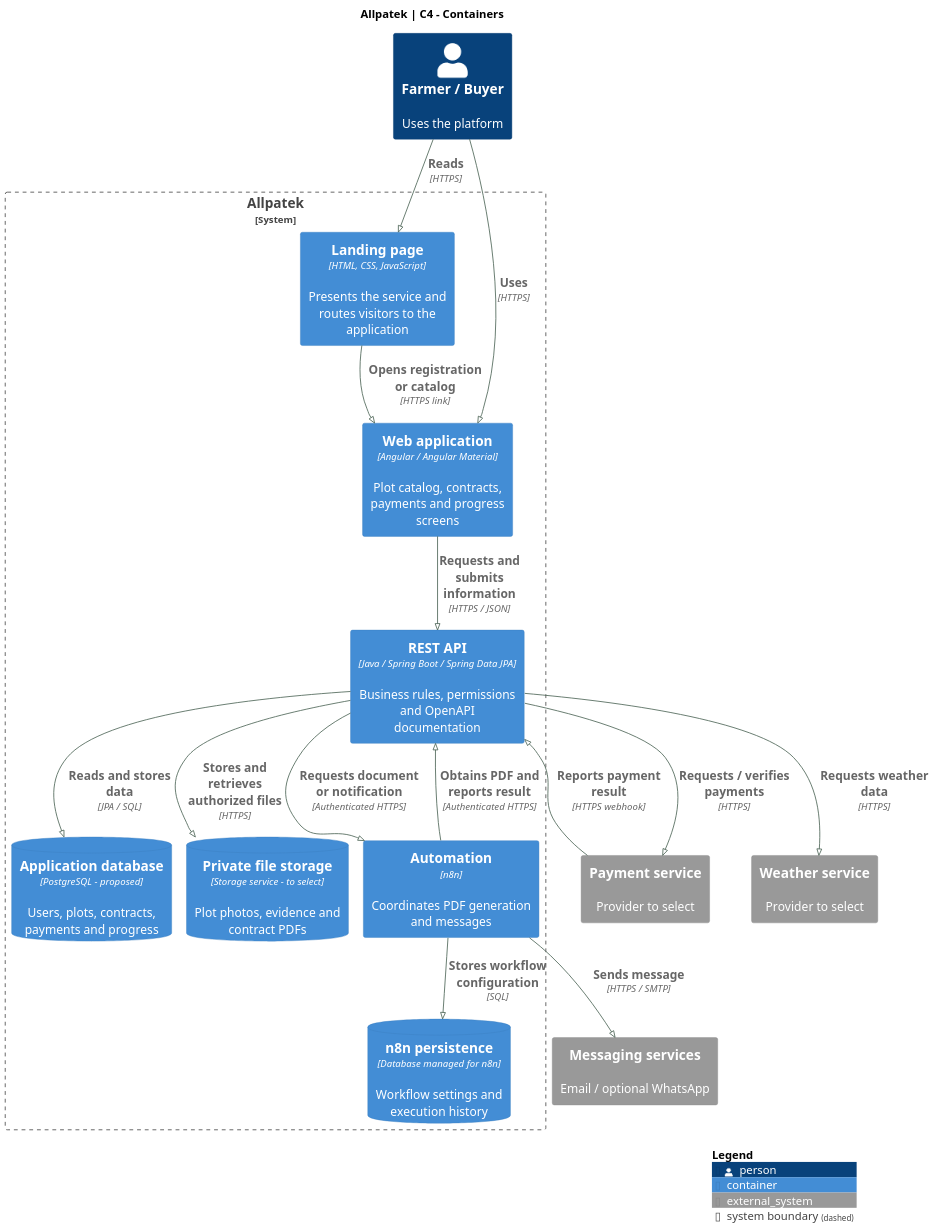
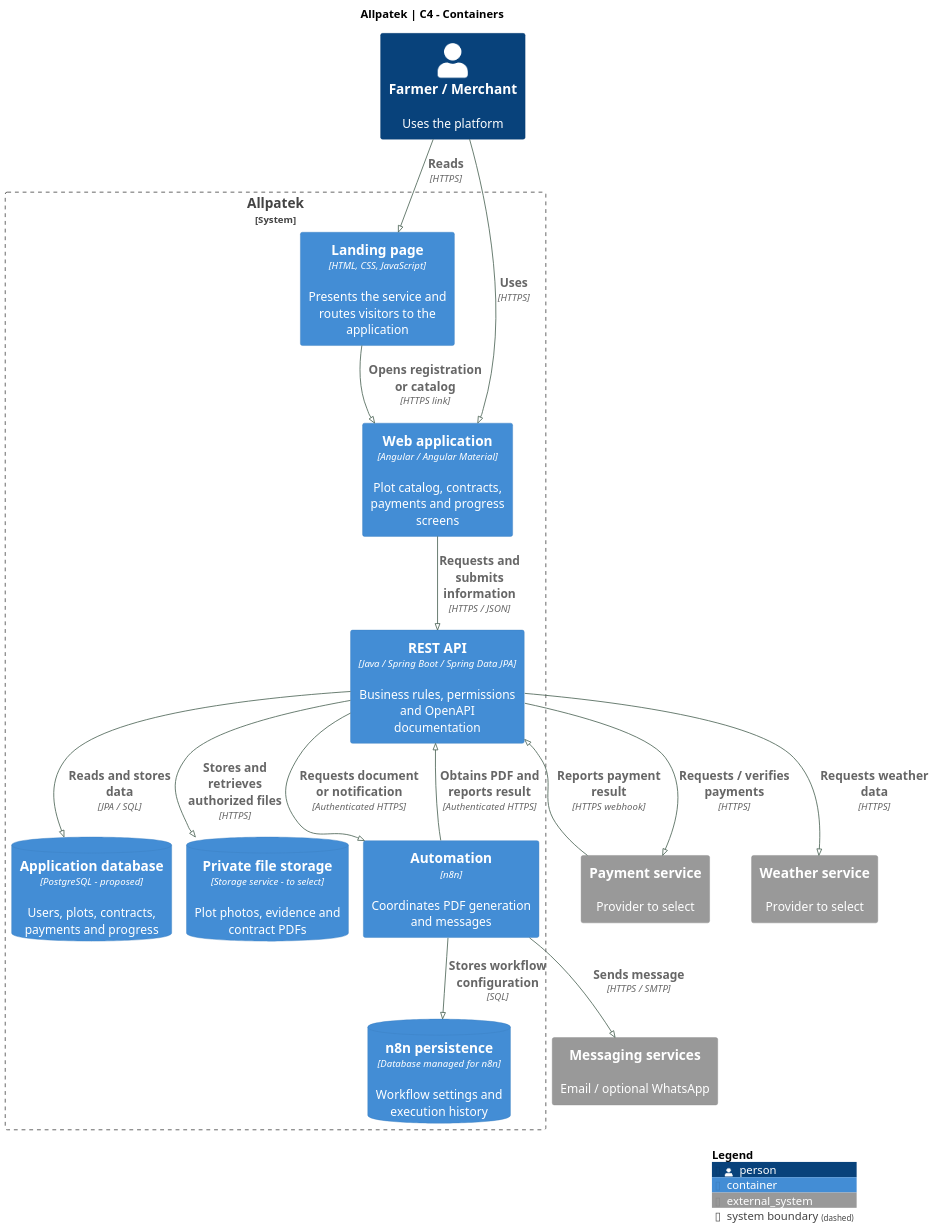
Before and after one commit to upc-pre-202620-1asi0729-7753-Terranova/allpatek-report: the diagram in assets/chapter-04/architecture/03-containers.puml, drawn with PlantUML. The commit also changed 12 other files, not shown here.

Commit message:
docs(architecture): align terminology and event traceability

```diff
--- a/assets/chapter-04/architecture/03-containers.puml
+++ b/assets/chapter-04/architecture/03-containers.puml
@@ -1,42 +1,42 @@
 @startuml
 !pragma layout smetana
 !include <C4/C4_Container>
 skinparam backgroundColor white
 skinparam defaultFontName SansSerif
 skinparam defaultFontSize 15
 skinparam shadowing false
 skinparam classAttributeIconSize 0
 skinparam ArrowColor #476050
 skinparam dpi 140
 title Allpatek | C4 - Containers
 
 LAYOUT_TOP_DOWN()
-Person(user,"Farmer / Buyer","Uses the platform")
+Person(user,"Farmer / Merchant","Uses the platform")
 System_Boundary(allpatek,"Allpatek") {
  Container(landing,"Landing page","HTML, CSS, JavaScript","Presents the service and routes visitors to the application")
  Container(web,"Web application","Angular / Angular Material","Plot catalog, contracts, payments and progress screens")
  Container(api,"REST API","Java / Spring Boot / Spring Data JPA","Business rules, permissions and OpenAPI documentation")
  ContainerDb(db,"Application database","PostgreSQL - proposed","Users, plots, contracts, payments and progress")
  Container(auto,"Automation","n8n","Coordinates PDF generation and messages")
  ContainerDb(files,"Private file storage","Storage service - to select","Plot photos, evidence and contract PDFs")
  ContainerDb(runtime,"n8n persistence","Database managed for n8n","Workflow settings and execution history")
 }
 System_Ext(pay,"Payment service","Provider to select")
 System_Ext(weather,"Weather service","Provider to select")
 System_Ext(mail,"Messaging services","Email / optional WhatsApp")
 Rel(user,landing,"Reads", "HTTPS")
 Rel(user,web,"Uses", "HTTPS")
 Rel(landing,web,"Opens registration or catalog", "HTTPS link")
 Rel(web,api,"Requests and submits information", "HTTPS / JSON")
 Rel(api,db,"Reads and stores data", "JPA / SQL")
 Rel(api,files,"Stores and retrieves authorized files", "HTTPS")
 Rel(api,pay,"Requests / verifies payments", "HTTPS")
 Rel(pay,api,"Reports payment result", "HTTPS webhook")
 Rel(api,weather,"Requests weather data", "HTTPS")
 Rel(api,auto,"Requests document or notification", "Authenticated HTTPS")
 Rel(auto,api,"Obtains PDF and reports result", "Authenticated HTTPS")
 Rel(auto,mail,"Sends message", "HTTPS / SMTP")
 Rel(auto,runtime,"Stores workflow configuration", "SQL")
 SHOW_LEGEND()
 
 @enduml
```
